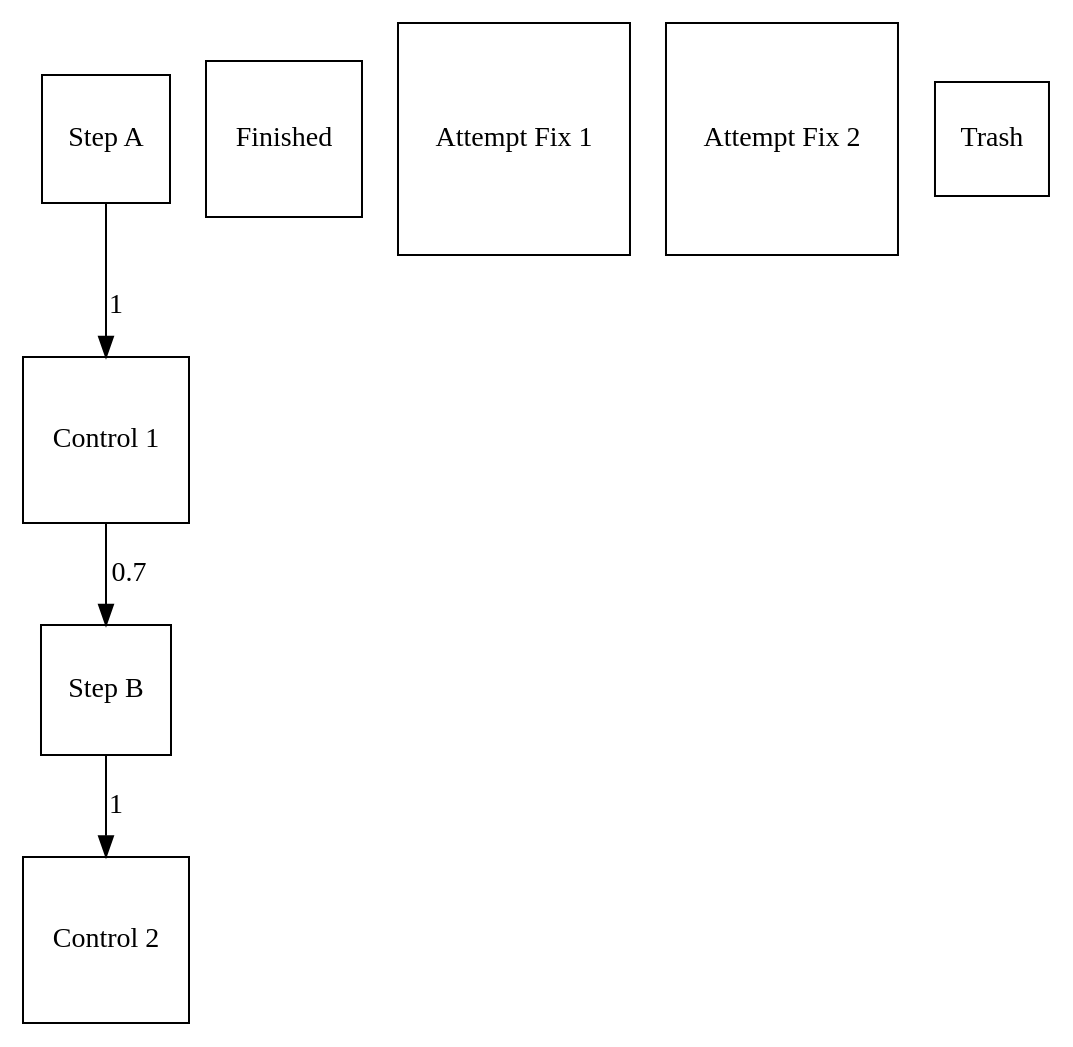
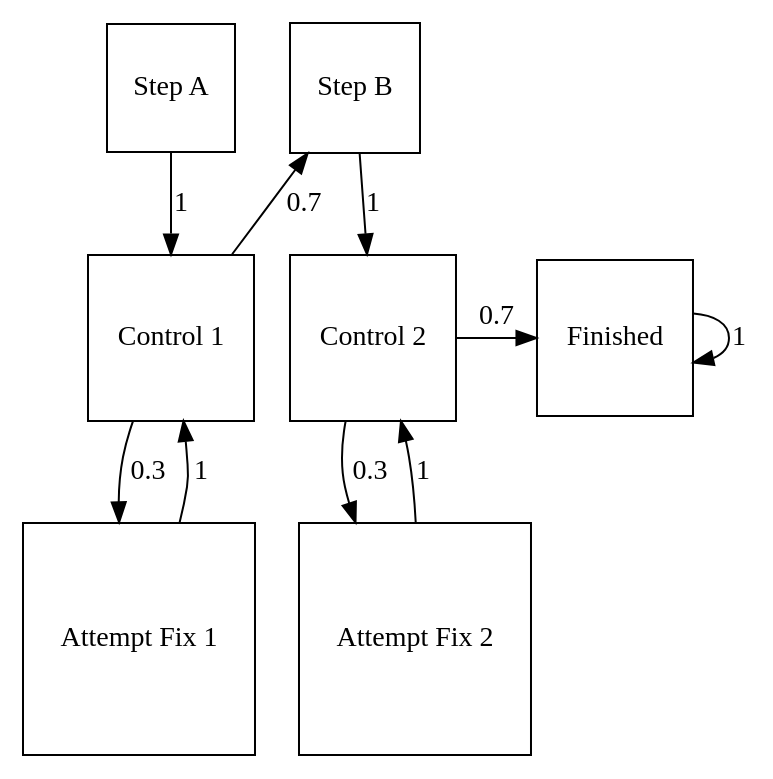
The diagram in assignment_1/modeling_production_line/production_line_graph.puml (ErikFolkesson/applied_matrix_analysis), drawn with PlantUML before and after one commit. The commit also changed 2 other files, not shown here.

```diff
--- a/assignment_1/modeling_production_line/production_line_graph.puml
+++ b/assignment_1/modeling_production_line/production_line_graph.puml
@@ -1,26 +1,35 @@
 @startuml
 digraph G {
     node [shape=square];
+
+    { rank=same; A; B }
+    { rank=same; C1; C2; F }
+    { rank=same; AT1; AT2 }
 
     A [label="Step A"];
     B [label="Step B"];
 
     C1 [label="Control 1"];
     C2 [label="Control 2"];
 
     F [label="Finished"];
 
     AT1 [label="Attempt Fix 1"];
     AT2 [label="Attempt Fix 2"];
 
-    T [label="Trash"];
-
     A -> C1 [label="1"];
     B -> C2 [label="1"];
 
     C1 -> B [label="0.7"];
 
+    C1 -> AT1 [label="0.3  "];
+    AT1 -> C1 [label="1  "];
 
+    C2 -> AT2 [label="0.3  "];
+    AT2 -> C2 [label="1  "];
 
+    C2 -> F [label="0.7"];
+
+    F -> F [label="1"];
 }
 @enduml
```
